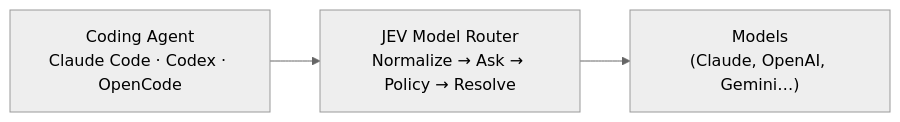
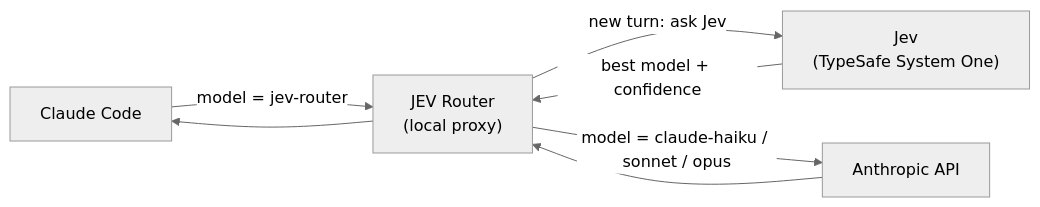
Before and after one commit to himanshu231204/jev_model_routers: the diagram in README.md, drawn with Mermaid (neutral theme). The commit also changed other lines of this file and 13 other files, not shown here.

First line of the commit message:
docs: describe jev_router_live as the whole project

````diff
--- a/README.md
+++ b/README.md
@@ -17,5 +17,8 @@
 ```mermaid
-graph LR
-    A["Coding Agent<br/>Claude Code · Codex · OpenCode"] --> B["JEV Model Router<br/>Normalize → Ask → Policy → Resolve"]
-    B --> C["Models<br/>(Claude, OpenAI, Gemini…)"]
+flowchart LR
+    A["Claude Code"] -->|"model = jev-router"| B["JEV Router<br/>(local proxy)"]
+    B -->|"new turn: ask Jev"| J["Jev<br/>(TypeSafe System One)"]
+    J -->|"best model + confidence"| B
+    B -->|"model = claude-haiku / sonnet / opus"| C["Anthropic API"]
+    C --> B --> A
 ```
````
